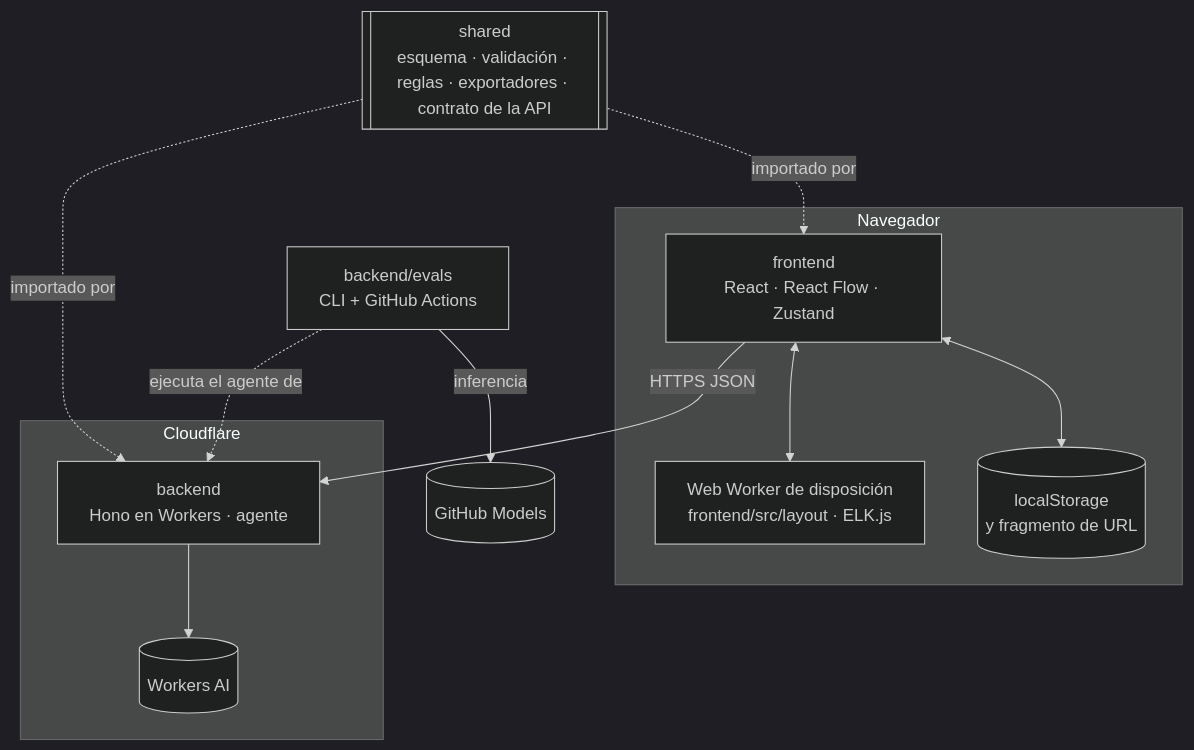
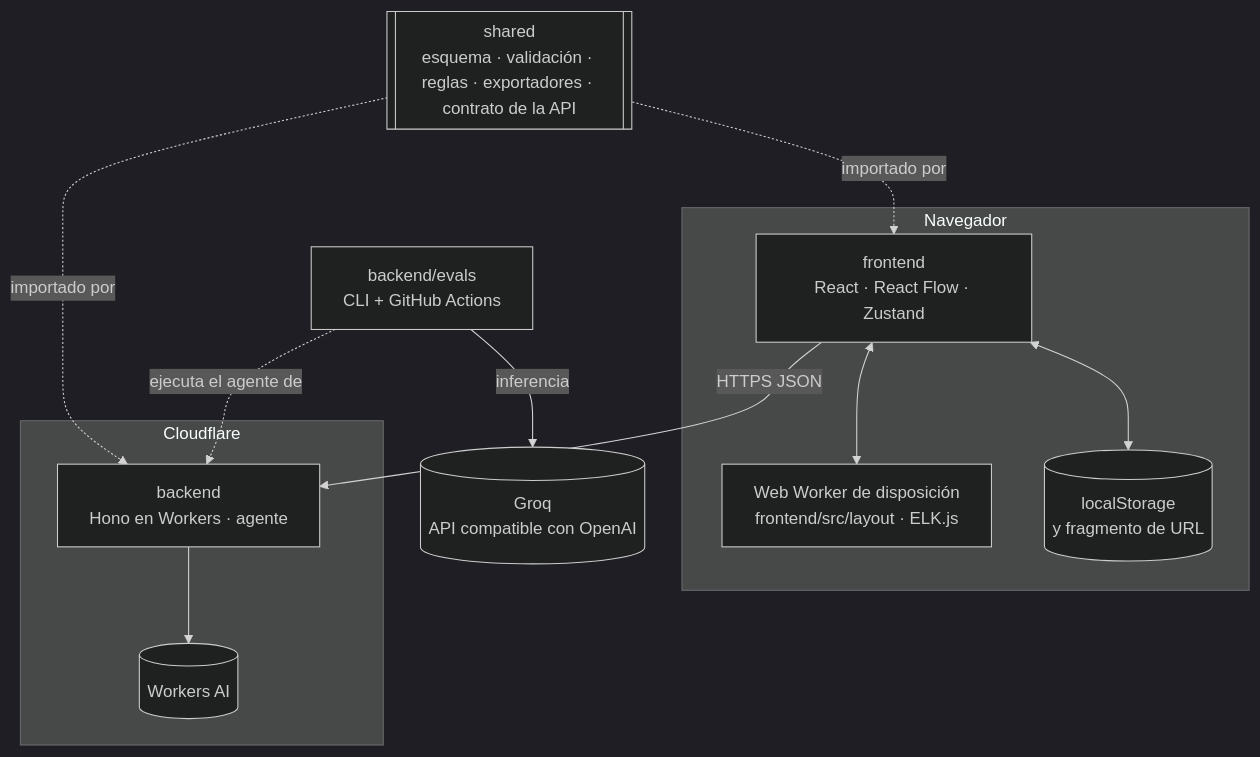
One commit to cosmemorillojulia/archdraft changed the second of 6 diagrams in docs/arquitectura.md. Above: the diagram before and after it, drawn with Mermaid (dark theme). The commit also changed other lines of this file and 11 other files, not shown here.

````diff
--- a/docs/arquitectura.md
+++ b/docs/arquitectura.md
@@ -38,24 +38,24 @@
 ```mermaid
 flowchart TB
   subgraph browser [Navegador]
     web["frontend<br/>React · React Flow · Zustand"]
     worker["Web Worker de disposición<br/>frontend/src/layout · ELK.js"]
     storage[(localStorage<br/>y fragmento de URL)]
   end
   subgraph cloudflare [Cloudflare]
     api["backend<br/>Hono en Workers · agente"]
     ai[(Workers AI)]
   end
   shared[["shared<br/>esquema · validación · reglas · exportadores · contrato de la API"]]
   evals["backend/evals<br/>CLI + GitHub Actions"]
-  ghm[(GitHub Models)]
+  ghm[(Groq<br/>API compatible con OpenAI)]
 
   web <--> worker
   web <--> storage
   web -->|HTTPS JSON| api
   api --> ai
   shared -.->|importado por| web
   shared -.->|importado por| api
   evals -.->|ejecuta el agente de| api
   evals -->|inferencia| ghm
 ```
````
